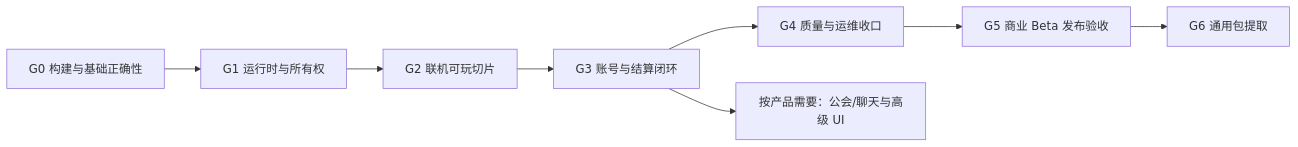
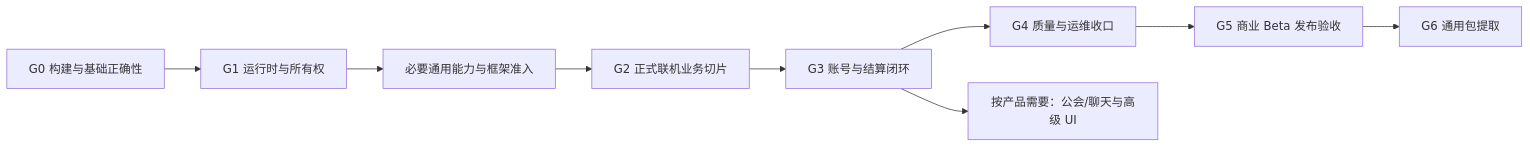
The diagram in Docs/待办总览.md (highhunter777/LiteFrameWork), drawn with Mermaid before and after one commit. The commit also changed other lines of this file and 12 other files, not shown here.

````diff
--- a/Docs/待办总览.md
+++ b/Docs/待办总览.md
@@ -60,10 +62,11 @@
 ```mermaid
 flowchart LR
     G0["G0 构建与基础正确性"] --> G1["G1 运行时与所有权"]
-    G1 --> G2["G2 联机可玩切片"]
+    G1 --> Ready["必要通用能力与框架准入"]
+    Ready --> G2["G2 正式联机业务切片"]
     G2 --> G3["G3 账号与结算闭环"]
     G3 --> G4["G4 质量与运维收口"]
     G4 --> G5["G5 商业 Beta 发布验收"]
     G5 --> G6["G6 通用包提取"]
     G3 --> E["按产品需要：公会/聊天与高级 UI"]
 ```
````
